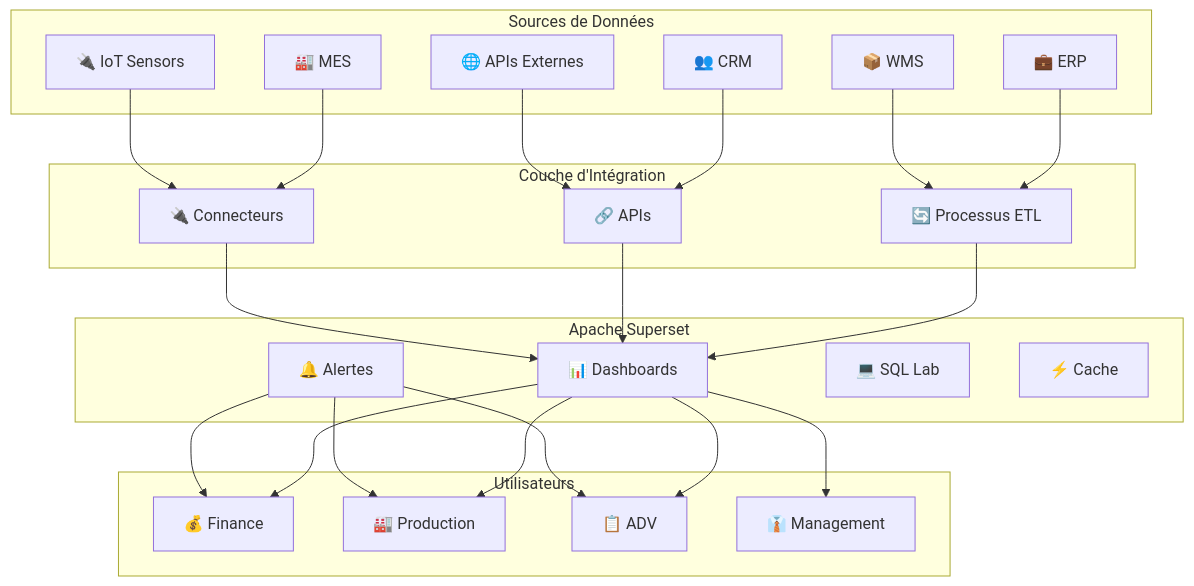
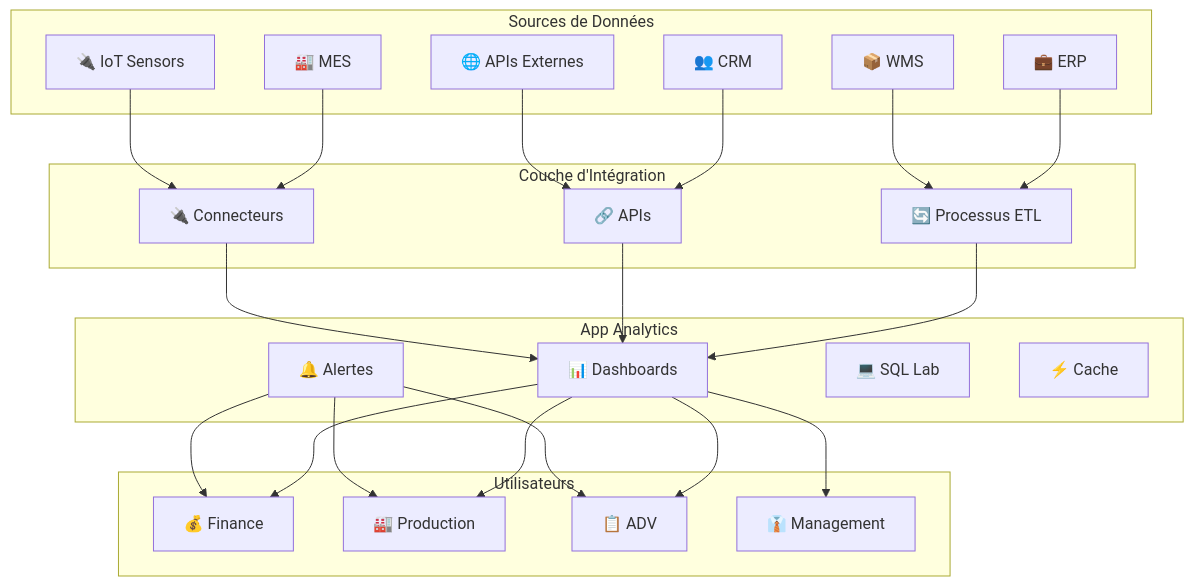
Before and after one commit to rachidd31/rachidd31.github.io: the ninth of 9 diagrams in README.md, drawn with Mermaid. The commit also changed other lines of this file, not shown here.

````diff
--- a/README.md
+++ b/README.md
@@ -342,51 +342,51 @@
 ```mermaid
 graph TB
     subgraph "Sources de Données"
         ERP[💼 ERP]
         WMS[📦 WMS]
         MES[🏭 MES]
         CRM[👥 CRM]
         IOT[🔌 IoT Sensors]
         EXT[🌐 APIs Externes]
     end
     
     subgraph "Couche d'Intégration"
         ETL[🔄 Processus ETL]
         API[🔗 APIs]
         CONN[🔌 Connecteurs]
     end
     
-    subgraph "Apache Superset"
+    subgraph "App Analytics"
         DASH[📊 Dashboards]
         ALERT[🔔 Alertes]
         SQL[💻 SQL Lab]
         CACHE[⚡ Cache]
     end
     
     subgraph "Utilisateurs"
         FIN[💰 Finance]
         PROD[🏭 Production]
         ADV[📋 ADV]
         MGT[👔 Management]
     end
     
     ERP --> ETL
     WMS --> ETL
     MES --> CONN
     CRM --> API
     IOT --> CONN
     EXT --> API
     
     ETL --> DASH
     API --> DASH
     CONN --> DASH
     
     DASH --> FIN
     DASH --> PROD
     DASH --> ADV
     DASH --> MGT
     
     ALERT --> FIN
     ALERT --> PROD
     ALERT --> ADV
 ```
````
